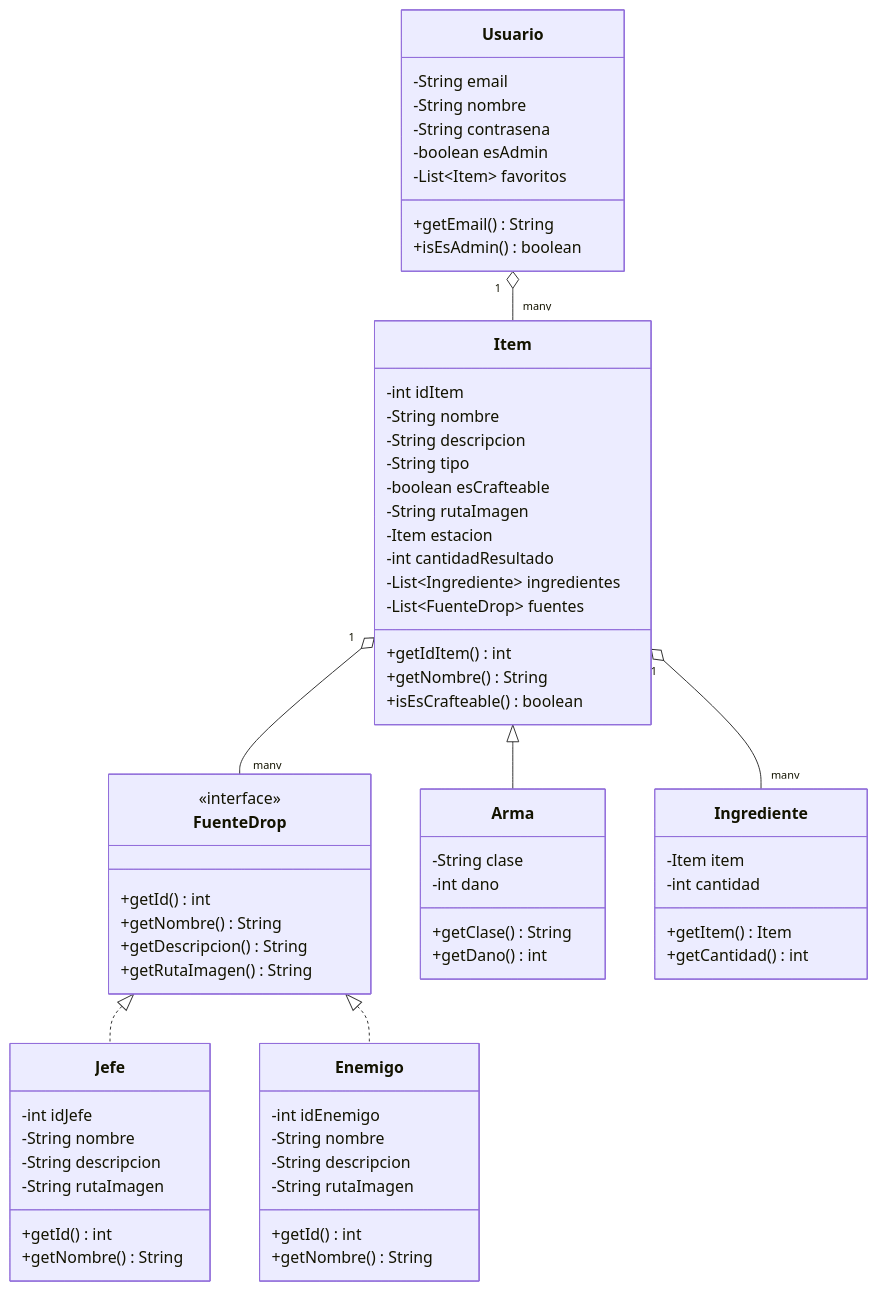
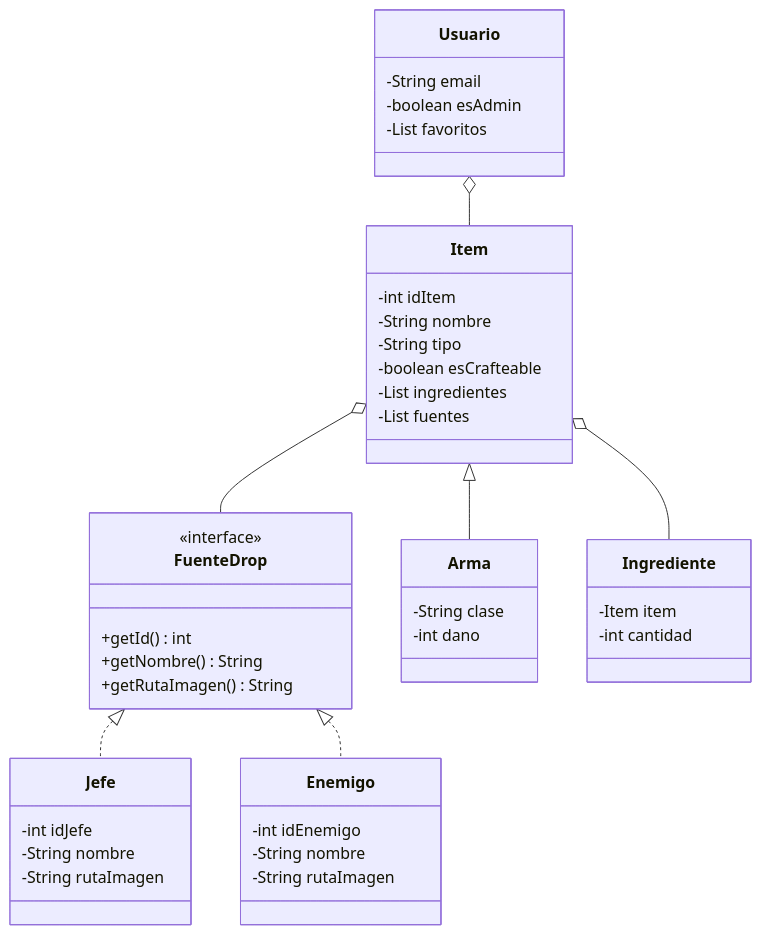
Before and after one commit to Yasincb06/Readme-Para-Proyecto-YCB: the first of 2 diagrams in README.md, drawn with Mermaid. The commit also changed other lines of this file, not shown here.

````diff
--- a/README.md
+++ b/README.md
@@ -65,75 +60,47 @@
 ```mermaid
 classDiagram
     class FuenteDrop {
         <<interface>>
         +getId() int
         +getNombre() String
-        +getDescripcion() String
         +getRutaImagen() String
     }
-
     class Jefe {
         -int idJefe
         -String nombre
-        -String descripcion
         -String rutaImagen
-        +getId() int
-        +getNombre() String
     }
-
     class Enemigo {
         -int idEnemigo
         -String nombre
-        -String descripcion
         -String rutaImagen
-        +getId() int
-        +getNombre() String
     }
-
     class Item {
         -int idItem
         -String nombre
-        -String descripcion
         -String tipo
         -boolean esCrafteable
-        -String rutaImagen
-        -Item estacion
-        -int cantidadResultado
-        -List~Ingrediente~ ingredientes
-        -List~FuenteDrop~ fuentes
-        +getIdItem() int
-        +getNombre() String
-        +isEsCrafteable() boolean
+        -List ingredientes
+        -List fuentes
     }
-
     class Arma {
         -String clase
         -int dano
-        +getClase() String
-        +getDano() int
     }
-
+    class Usuario {
+        -String email
+        -boolean esAdmin
+        -List favoritos
+    }
     class Ingrediente {
         -Item item
         -int cantidad
-        +getItem() Item
-        +getCantidad() int
-    }
-
-    class Usuario {
-        -String email
-        -String nombre
-        -String contrasena
-        -boolean esAdmin
-        -List~Item~ favoritos
-        +getEmail() String
-        +isEsAdmin() boolean
     }
 
     FuenteDrop <|.. Jefe
     FuenteDrop <|.. Enemigo
     Item <|-- Arma
-    Item "1" o-- "many" Ingrediente
-    Item "1" o-- "many" FuenteDrop
-    Usuario "1" o-- "many" Item
+    Item o-- Ingrediente
+    Item o-- FuenteDrop
+    Usuario o-- Item
 ```
````
